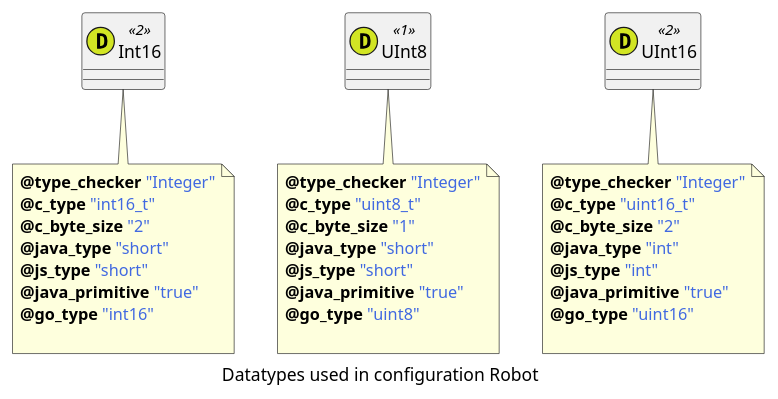
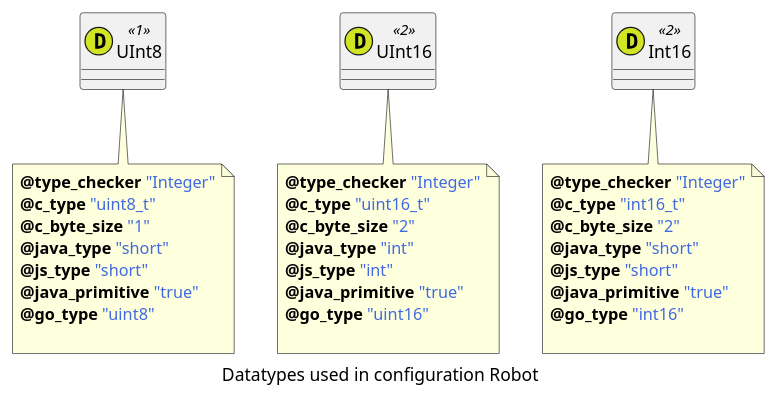
Before and after one commit to TelluIoT/ThingML: the diagram in doc/examples/thingml-gen/uml/Robot/Robot/docs/Robot_datatypes.plantuml, drawn with PlantUML. The commit also changed other lines of this file and 10 other files, not shown here.

```diff
--- a/doc/examples/thingml-gen/uml/Robot/Robot/docs/Robot_datatypes.plantuml
+++ b/doc/examples/thingml-gen/uml/Robot/Robot/docs/Robot_datatypes.plantuml
@@ -1,12 +1,12 @@
 @startuml
 caption Datatypes used in configuration Robot
-class Int16 <<(D,#D2E524)2>> {
-}
-note bottom of Int16 : <b>@type_checker</b> <color:royalBlue>"Integer"</color>\n<b>@c_type</b> <color:royalBlue>"int16_t"</color>\n<b>@c_byte_size</b> <color:royalBlue>"2"</color>\n<b>@java_type</b> <color:royalBlue>"short"</color>\n<b>@js_type</b> <color:royalBlue>"short"</color>\n<b>@java_primitive</b> <color:royalBlue>"true"</color>\n<b>@go_type</b> <color:royalBlue>"int16"</color>\n
 class UInt8 <<(D,#D2E524)1>> {
 }
 note bottom of UInt8 : <b>@type_checker</b> <color:royalBlue>"Integer"</color>\n<b>@c_type</b> <color:royalBlue>"uint8_t"</color>\n<b>@c_byte_size</b> <color:royalBlue>"1"</color>\n<b>@java_type</b> <color:royalBlue>"short"</color>\n<b>@js_type</b> <color:royalBlue>"short"</color>\n<b>@java_primitive</b> <color:royalBlue>"true"</color>\n<b>@go_type</b> <color:royalBlue>"uint8"</color>\n
 class UInt16 <<(D,#D2E524)2>> {
 }
 note bottom of UInt16 : <b>@type_checker</b> <color:royalBlue>"Integer"</color>\n<b>@c_type</b> <color:royalBlue>"uint16_t"</color>\n<b>@c_byte_size</b> <color:royalBlue>"2"</color>\n<b>@java_type</b> <color:royalBlue>"int"</color>\n<b>@js_type</b> <color:royalBlue>"int"</color>\n<b>@java_primitive</b> <color:royalBlue>"true"</color>\n<b>@go_type</b> <color:royalBlue>"uint16"</color>\n
+class Int16 <<(D,#D2E524)2>> {
+}
+note bottom of Int16 : <b>@type_checker</b> <color:royalBlue>"Integer"</color>\n<b>@c_type</b> <color:royalBlue>"int16_t"</color>\n<b>@c_byte_size</b> <color:royalBlue>"2"</color>\n<b>@java_type</b> <color:royalBlue>"short"</color>\n<b>@js_type</b> <color:royalBlue>"short"</color>\n<b>@java_primitive</b> <color:royalBlue>"true"</color>\n<b>@go_type</b> <color:royalBlue>"int16"</color>\n
 @enduml
```
